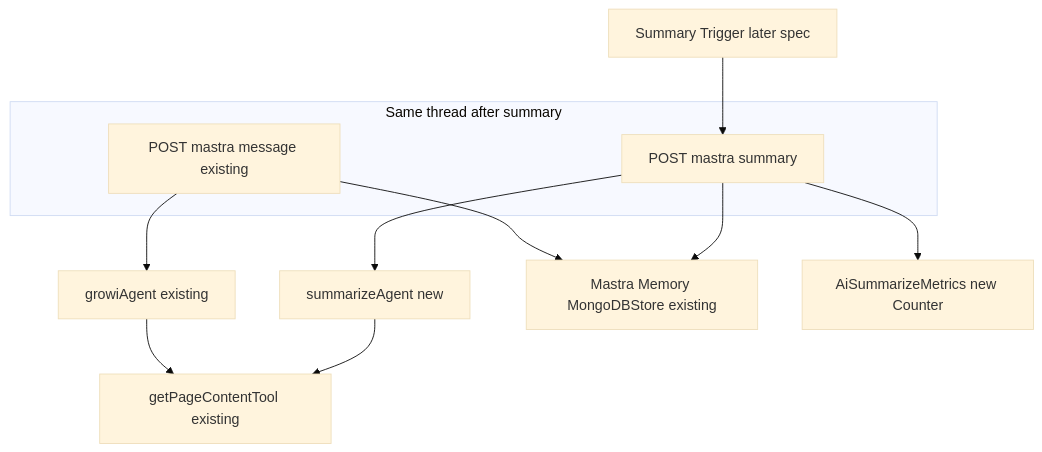
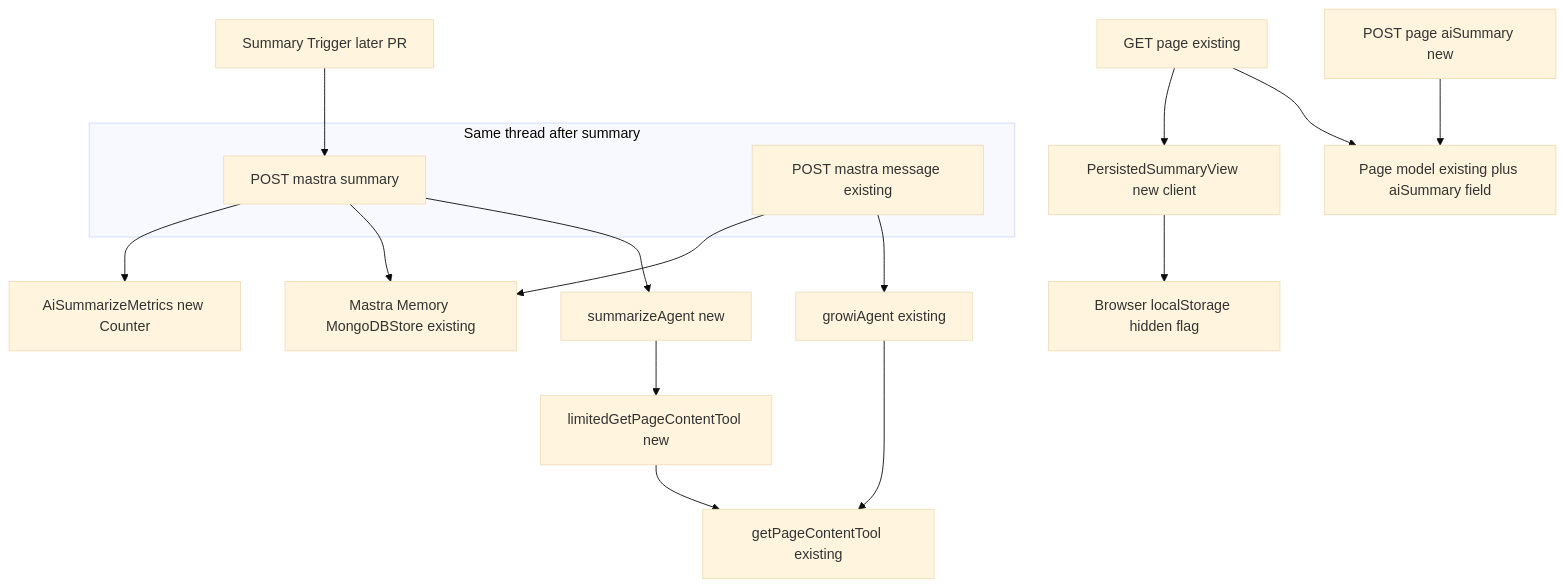
One commit to growilabs/growi changed the first of 4 diagrams in .kiro/specs/ai-summarize/design.md. Above: the diagram before and after it, drawn with Mermaid (base theme). The commit also changed other lines of this file and 3 other files, not shown here.

First line of the commit message:
docs(ai-summarize): add summary persistence and shared display spec

````diff
--- a/.kiro/specs/ai-summarize/design.md
+++ b/.kiro/specs/ai-summarize/design.md
@@ -66,25 +82,37 @@
 ```mermaid
 graph TB
-    Trigger[Summary Trigger later spec]
+    Trigger[Summary Trigger later PR]
     SummaryRoute[POST mastra summary]
     MessageRoute[POST mastra message existing]
     SummarizeAgent[summarizeAgent new]
     GrowiAgent[growiAgent existing]
+    LimitedGetPageContentTool[limitedGetPageContentTool new]
     GetPageContentTool[getPageContentTool existing]
     Memory[Mastra Memory MongoDBStore existing]
     Metrics[AiSummarizeMetrics new Counter]
+    SaveRoute[POST page aiSummary new]
+    PageModel[Page model existing plus aiSummary field]
+    PageViewRoute[GET page existing]
+    SummaryView[PersistedSummaryView new client]
+    LocalStorage[Browser localStorage hidden flag]
 
     Trigger --> SummaryRoute
     SummaryRoute --> SummarizeAgent
-    SummarizeAgent --> GetPageContentTool
+    SummarizeAgent --> LimitedGetPageContentTool
+    LimitedGetPageContentTool --> GetPageContentTool
     SummaryRoute --> Memory
     SummaryRoute --> Metrics
     MessageRoute --> GrowiAgent
     GrowiAgent --> GetPageContentTool
     MessageRoute --> Memory
 
     subgraph SameThread [Same thread after summary]
         SummaryRoute
         MessageRoute
     end
+
+    SaveRoute --> PageModel
+    PageViewRoute --> PageModel
+    PageViewRoute --> SummaryView
+    SummaryView --> LocalStorage
 ```
````
